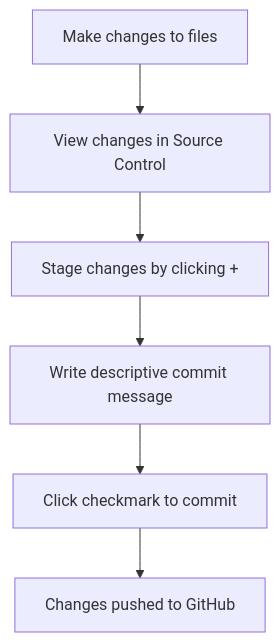
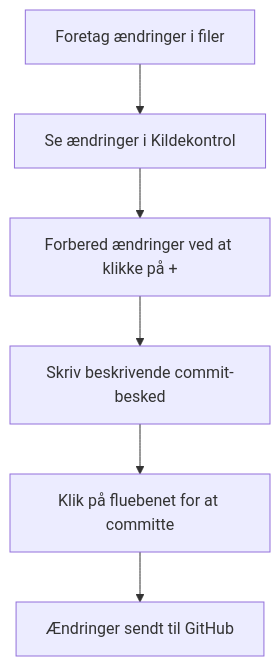
The fifth of 8 diagrams in translations/da/8-code-editor/1-using-a-code-editor/README.md (microsoft/Web-Dev-For-Beginners), drawn with Mermaid before and after one commit. The commit also changed other lines of this file and 41 other files, not shown here.

````diff
--- a/translations/da/8-code-editor/1-using-a-code-editor/README.md
+++ b/translations/da/8-code-editor/1-using-a-code-editor/README.md
@@ -209,8 +346,8 @@
 ```mermaid
 flowchart TD
-    A[Make changes to files] --> B[View changes in Source Control]
-    B --> C[Stage changes by clicking +]
-    C --> D[Write descriptive commit message]
-    D --> E[Click checkmark to commit]
-    E --> F[Changes pushed to GitHub]
-```
+    A[Foretag ændringer i filer] --> B[Se ændringer i Kildekontrol]
+    B --> C[Forbered ændringer ved at klikke på +]
+    C --> D[Skriv beskrivende commit-besked]
+    D --> E[Klik på fluebenet for at committe]
+    E --> F[Ændringer sendt til GitHub]
+```  
````
